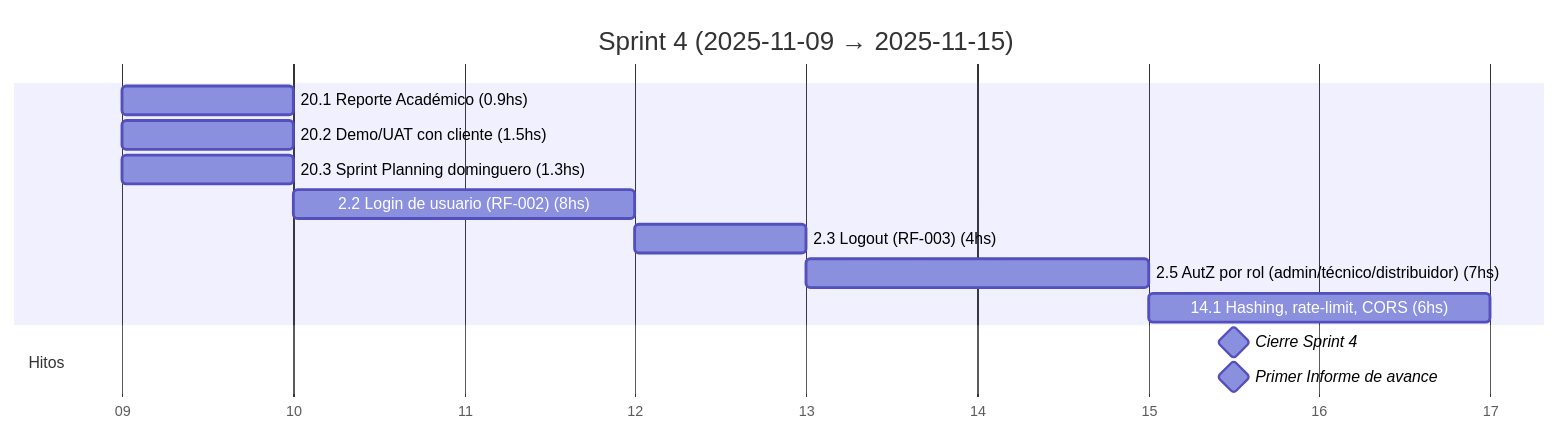
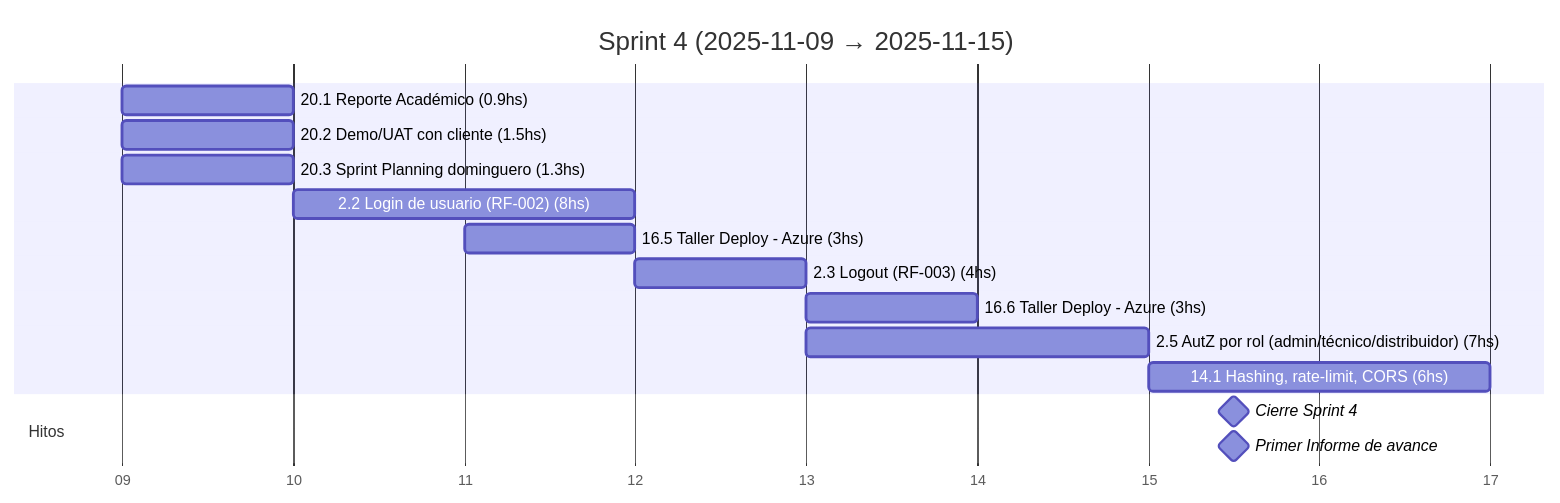
Before and after one commit to MarkMed/FleetMan: the fifth of 18 diagrams in docs/SprintsGantts.md, drawn with Mermaid. The commit also changed other lines of this file and 1 other file, not shown here.

Commit message:
Update sprint planning and Gantt charts: add deployment workshops and adjust task durations

````diff
--- a/docs/SprintsGantts.md
+++ b/docs/SprintsGantts.md
@@ -126,20 +128,22 @@
 ```mermaid
 gantt
   title Sprint 4 (2025-11-09 → 2025-11-15)
   dateFormat  YYYY-MM-DD
   axisFormat  %d
 
   %% Asumimos 5 h/día. Horas estimadas incluidas en el nombre.
 
   20.1 Reporte Académico (0.9hs)               :t201, 2025-11-09, 1d
   20.2 Demo/UAT con cliente (1.5hs)            :t202, 2025-11-09, 1d
   20.3 Sprint Planning dominguero (1.3hs)      :t203, 2025-11-09, 1d
   2.2 Login de usuario (RF-002) (8hs)          :t22, after t203, 2d
+  16.5 Taller Deploy - Azure (3hs)             :t165, 2025-11-11, 1d
   2.3 Logout (RF-003) (4hs)                    :t23, after t22, 1d
+  16.6 Taller Deploy - Azure (3hs)             :t166, 2025-11-13, 1d
   2.5 AutZ por rol (admin/técnico/distribuidor) (7hs) :t25, after t23, 2d
   14.1 Hashing, rate-limit, CORS (6hs)         :t141, after t25, 2d
 
   section Hitos
   Cierre Sprint 4                              :milestone, s4, 2025-11-15, 1d
   Primer Informe de avance                   :milestone, acad1, 2025-11-15, 1d
 ```
````
